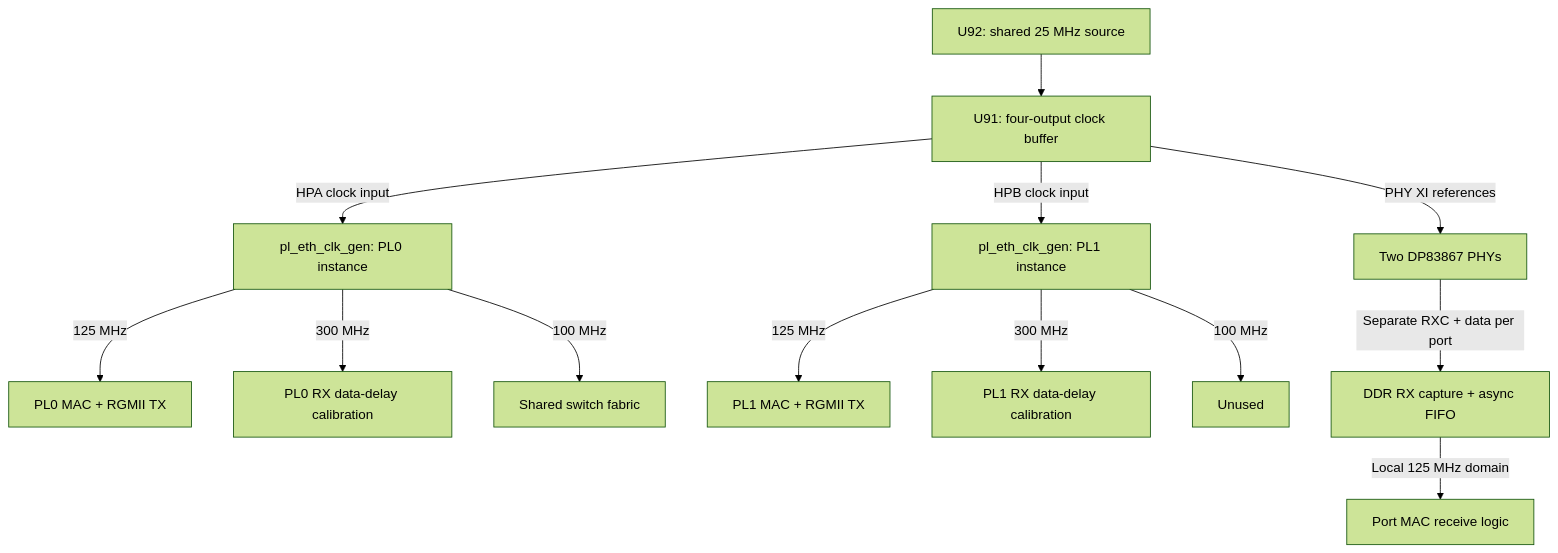
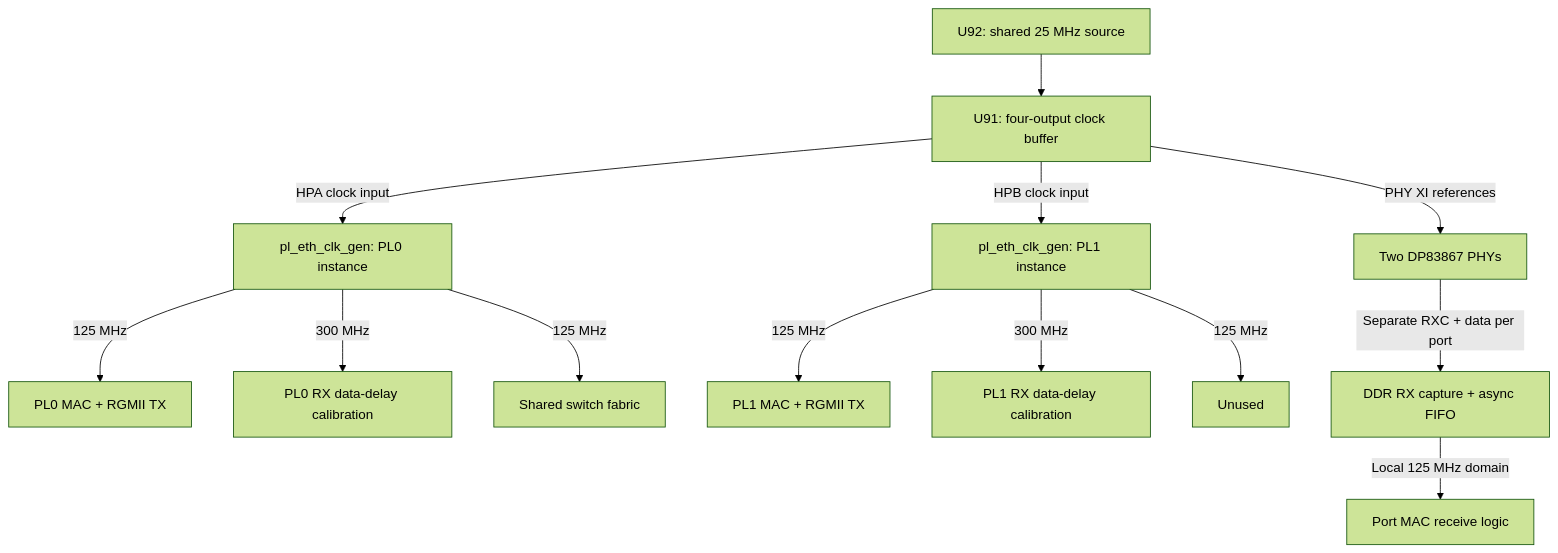
Before and after one commit to GhlHub/open_ethernet_switch: the diagram in docs/board-integration.md, drawn with Mermaid (forest theme). The commit also changed other lines of this file and 54 other files, not shown here.

Commit message:
Run switch fabric at 125 MHz and report hardware clock frequency

````diff
--- a/docs/board-integration.md
+++ b/docs/board-integration.md
@@ -73,15 +73,15 @@
 ```mermaid
 flowchart TB
     OSC["U92: shared 25 MHz source"] --> BUF["U91: four-output clock buffer"]
     BUF -->|HPA clock input| C0["pl_eth_clk_gen: PL0 instance"]
     BUF -->|HPB clock input| C1["pl_eth_clk_gen: PL1 instance"]
     BUF -->|PHY XI references| PHY["Two DP83867 PHYs"]
     C0 -->|125 MHz| P0["PL0 MAC + RGMII TX"]
     C1 -->|125 MHz| P1["PL1 MAC + RGMII TX"]
     C0 -->|300 MHz| D0["PL0 RX data-delay calibration"]
     C1 -->|300 MHz| D1["PL1 RX data-delay calibration"]
-    C0 -->|100 MHz| FAB["Shared switch fabric"]
-    C1 -->|100 MHz| UNUSED["Unused"]
+    C0 -->|125 MHz| FAB["Shared switch fabric"]
+    C1 -->|125 MHz| UNUSED["Unused"]
     PHY -->|Separate RXC + data per port| RX["DDR RX capture + async FIFO"]
     RX -->|Local 125 MHz domain| MAC["Port MAC receive logic"]
 ```
````
